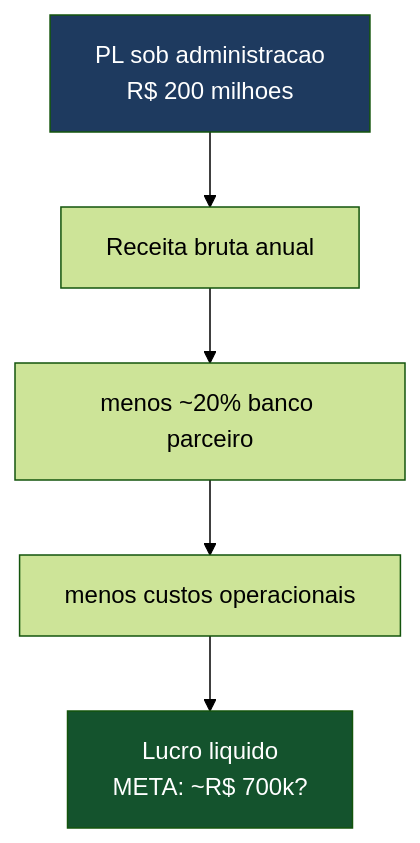
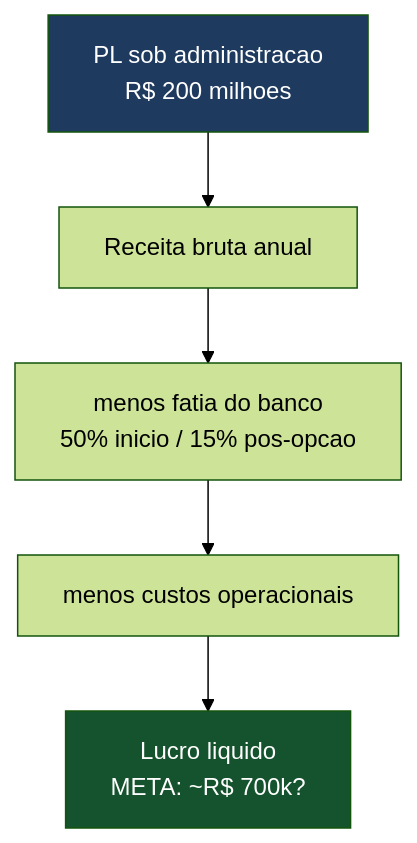
One commit to viniciuscbf/dtvm changed the eighth of 11 diagrams in plano_dtvm_fundos_pequenos.md. Above: the diagram before and after it, drawn with Mermaid (forest theme). The commit also changed other lines of this file and 91 other files, not shown here.

````diff
--- a/plano_dtvm_fundos_pequenos.md
+++ b/plano_dtvm_fundos_pequenos.md
@@ -277,9 +293,9 @@
 ```mermaid
 graph TD
     PL[PL sob administracao<br/>R$ 200 milhoes] --> Rec[Receita bruta anual]
-    Rec --> Split[menos ~20% banco parceiro]
+    Rec --> Split[menos fatia do banco<br/>50% inicio / 15% pos-opcao]
     Split --> Custos[menos custos operacionais]
     Custos --> Lucro[Lucro liquido<br/>META: ~R$ 700k?]
     style Lucro fill:#14532d,color:#fff
     style PL fill:#1e3a5f,color:#fff
 ```
````
